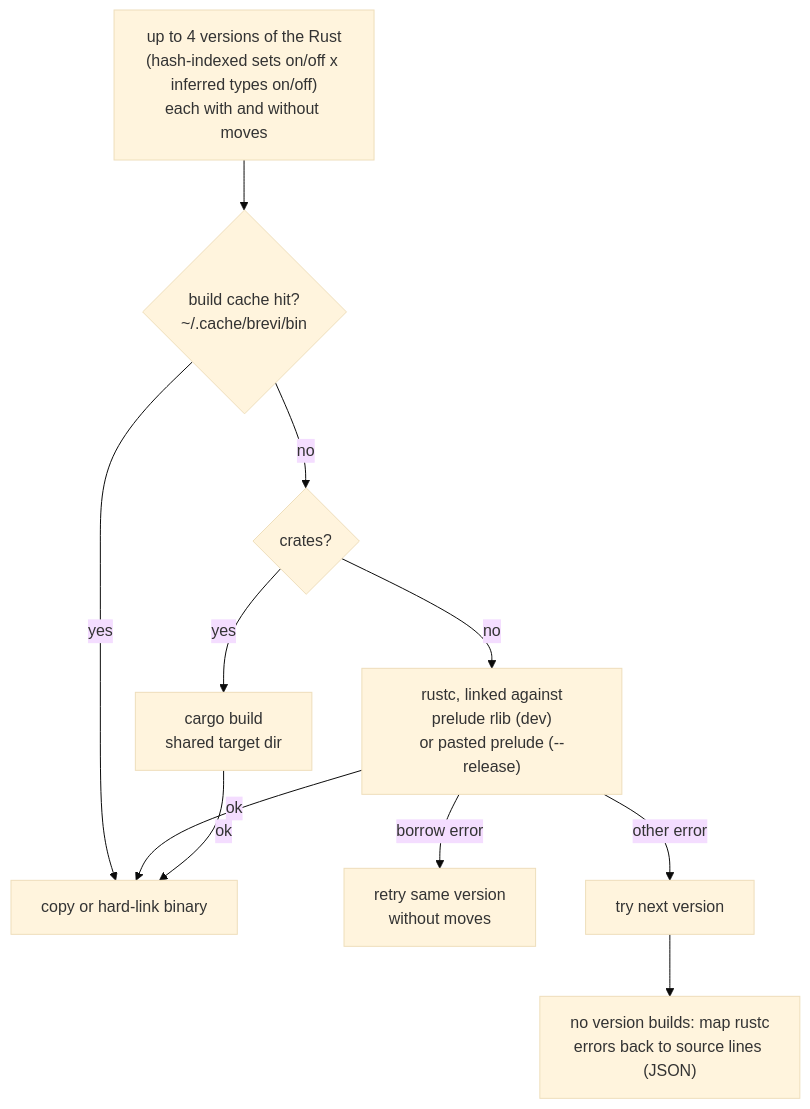
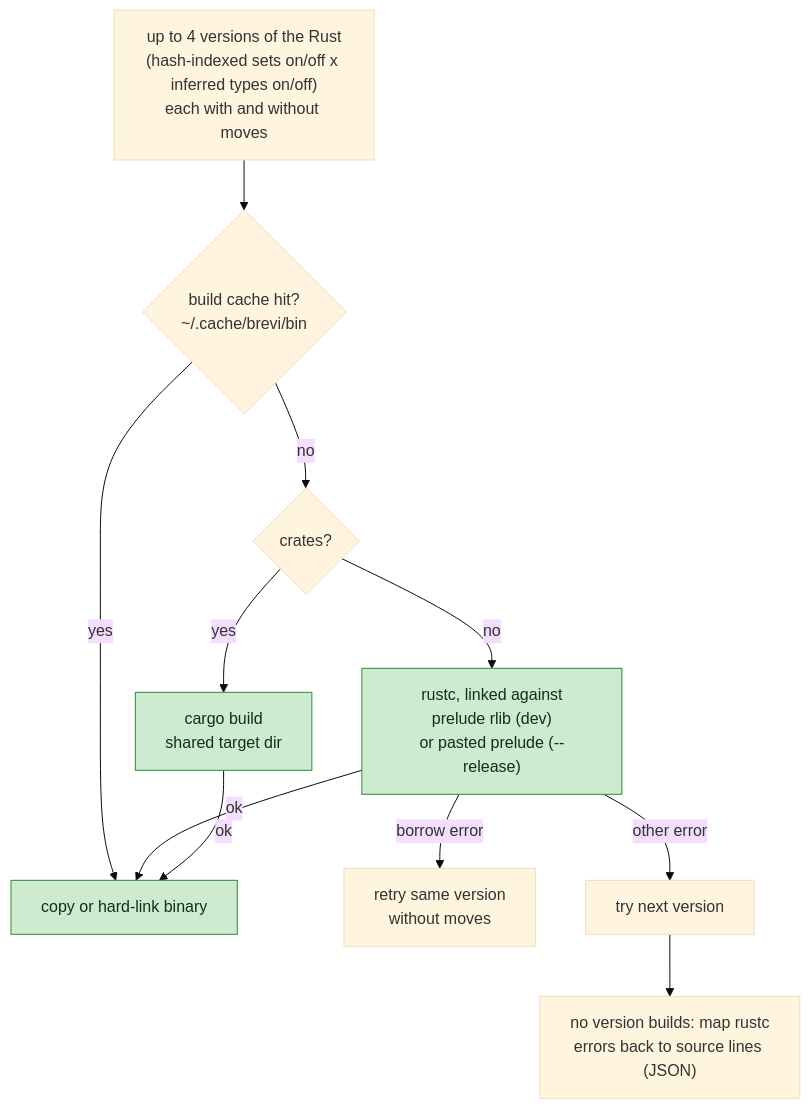
One commit to ets-public/brevi changed the sixth of 6 diagrams in docs/ARCHITECTURE.md. Above: the diagram before and after it, drawn with Mermaid (base theme). The commit also changed other lines of this file, not shown here.

First line of the commit message:
Architecture doc: highlight what runs as Brevi native code

````diff
--- a/docs/ARCHITECTURE.md
+++ b/docs/ARCHITECTURE.md
@@ -160,13 +214,17 @@
 ```mermaid
 flowchart TD
     V["up to 4 versions of the Rust<br/>(hash-indexed sets on/off x inferred types on/off)<br/>each with and without moves"] --> K{"build cache hit?<br/>~/.cache/brevi/bin"}
     K -- "yes" --> OUT["copy or hard-link binary"]
     K -- "no" --> C{"crates?"}
     C -- "no" --> RC["rustc, linked against<br/>prelude rlib (dev)<br/>or pasted prelude (--release)"]
     C -- "yes" --> CG["cargo build<br/>shared target dir"]
     RC -- "ok" --> OUT
     CG -- "ok" --> OUT
     RC -- "borrow error" --> PLAIN["retry same version<br/>without moves"]
     RC -- "other error" --> NEXT["try next version"]
     NEXT --> REP["no version builds: map rustc<br/>errors back to source lines (JSON)"]
+    classDef native fill:#cdeccf,stroke:#2f8a3e,color:#10301a
+    classDef mixed fill:#fdf0c2,stroke:#b58a12,color:#3a2a00
+    classDef cpython fill:#f9d9c9,stroke:#c0522b,color:#3a1405
+    class RC,CG,OUT native
 ```
````
